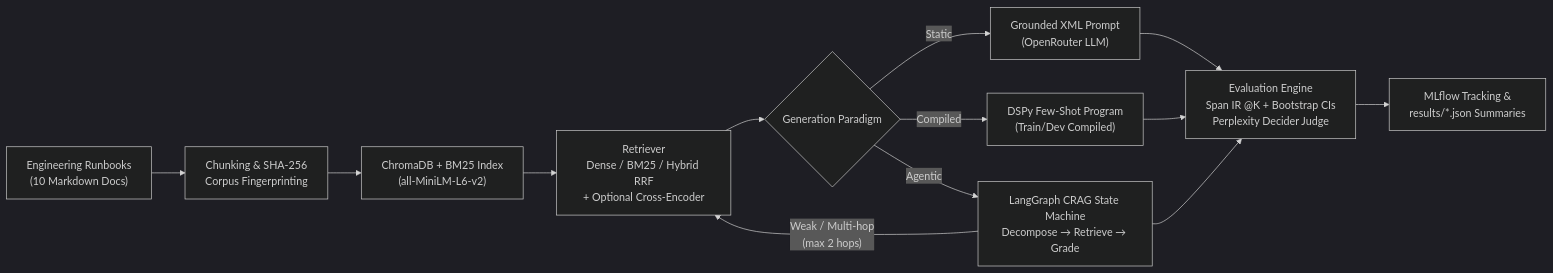
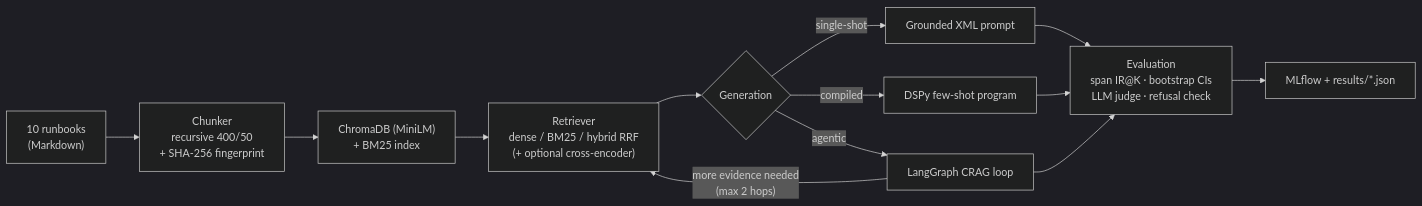
The first of 2 diagrams in README.md (adityavsb/rag-eval-harness), drawn with Mermaid (dark theme) before and after one commit. The commit also changed other lines of this file, not shown here.

First line of the commit message:
Rewrite README in first person; add bug history and DSPy results

````diff
--- a/README.md
+++ b/README.md
@@ -38,13 +58,13 @@
 ```mermaid
 flowchart LR
-    A["Engineering Runbooks<br/>(10 Markdown Docs)"] --> B["Chunking & SHA-256<br/>Corpus Fingerprinting"]
-    B --> C["ChromaDB + BM25 Index<br/>(all-MiniLM-L6-v2)"]
-    C --> D["Retriever<br/>Dense / BM25 / Hybrid RRF<br/>+ Optional Cross-Encoder"]
-    D --> E{"Generation Paradigm"}
-    E -->|"Static"| F["Grounded XML Prompt<br/>(OpenRouter LLM)"]
-    E -->|"Compiled"| G["DSPy Few-Shot Program<br/>(Train/Dev Compiled)"]
-    E -->|"Agentic"| H["LangGraph CRAG State Machine<br/>Decompose → Retrieve → Grade"]
-    H -->|"Weak / Multi-hop<br/>(max 2 hops)"| D
-    F & G & H --> I["Evaluation Engine<br/>Span IR @K + Bootstrap CIs<br/>Perplexity Decider Judge"]
-    I --> J["MLflow Tracking &<br/>results/*.json Summaries"]
+    A["10 runbooks<br/>(Markdown)"] --> B["Chunker<br/>recursive 400/50<br/>+ SHA-256 fingerprint"]
+    B --> C["ChromaDB (MiniLM)<br/>+ BM25 index"]
+    C --> D["Retriever<br/>dense / BM25 / hybrid RRF<br/>(+ optional cross-encoder)"]
+    D --> E{"Generation"}
+    E -->|single-shot| F["Grounded XML prompt"]
+    E -->|compiled| G["DSPy few-shot program"]
+    E -->|agentic| H["LangGraph CRAG loop"]
+    H -->|"more evidence needed<br/>(max 2 hops)"| D
+    F & G & H --> I["Evaluation<br/>span IR@K · bootstrap CIs<br/>LLM judge · refusal check"]
+    I --> J["MLflow + results/*.json"]
 ```
````
